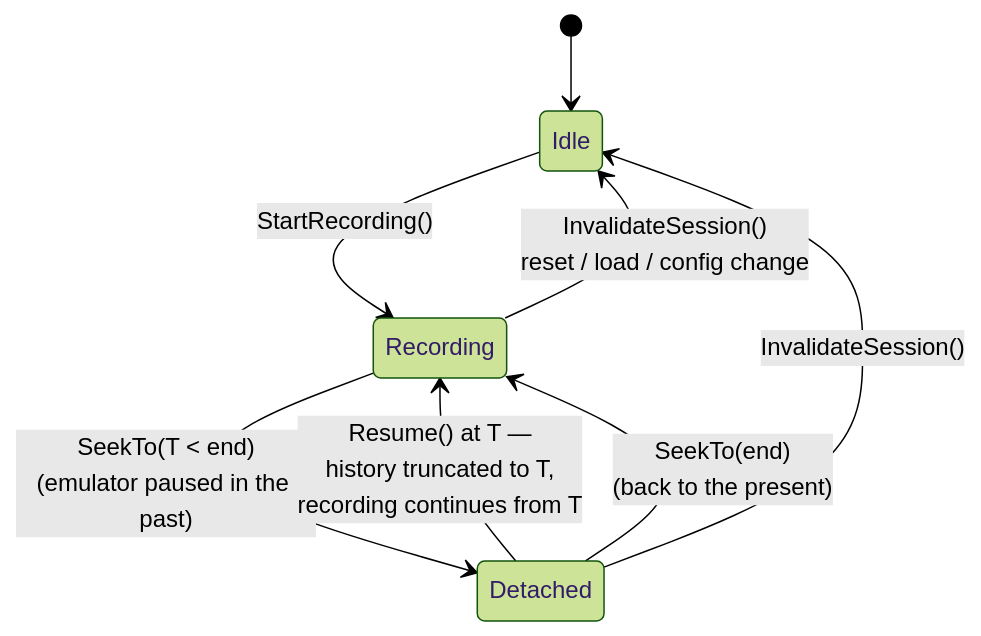
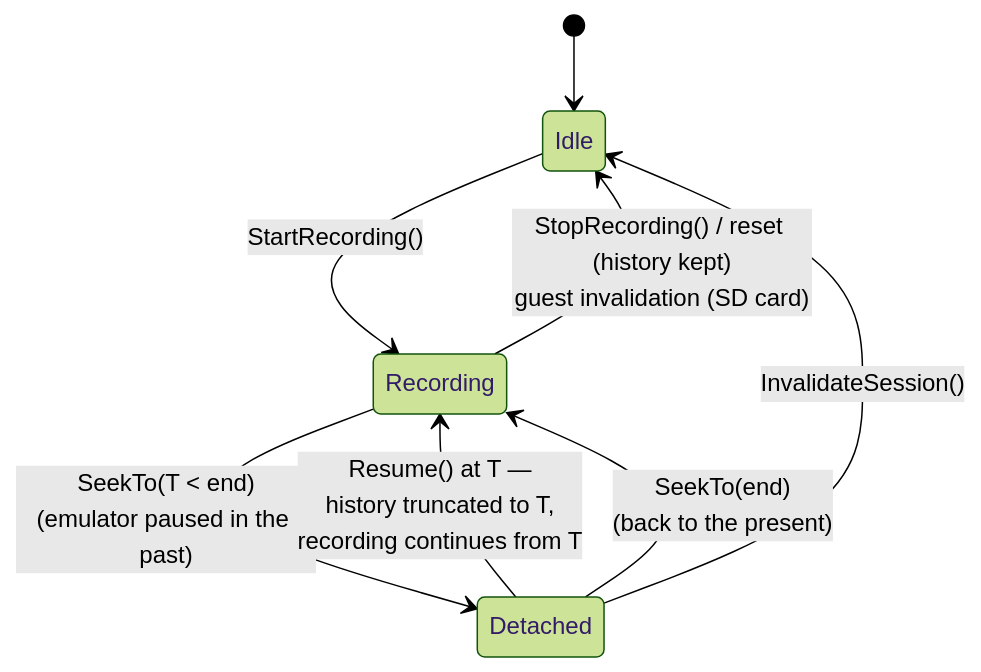
The third of 11 diagrams in docs/emulator/design/debugger/time-travel-debug/time-travel-debugging-tdd.md (alfishe/unreal-ng), drawn with Mermaid (forest theme) before and after one commit. The commit also changed other lines of this file and 33 other files, not shown here.

````diff
--- a/docs/emulator/design/debugger/time-travel-debug/time-travel-debugging-tdd.md
+++ b/docs/emulator/design/debugger/time-travel-debug/time-travel-debugging-tdd.md
@@ -286,10 +287,10 @@
 ```mermaid
 stateDiagram-v2
     [*] --> Idle
     Idle --> Recording : StartRecording()
     Recording --> Detached : SeekTo(T < end)<br/>(emulator paused in the past)
     Detached --> Recording : Resume() at T —<br/>history truncated to T,<br/>recording continues from T
     Detached --> Recording : SeekTo(end)<br/>(back to the present)
-    Recording --> Idle : InvalidateSession()<br/>reset / load / config change
+    Recording --> Idle : StopRecording() / reset (history kept)<br/>guest invalidation (SD card)
     Detached --> Idle : InvalidateSession()
 ```
````
